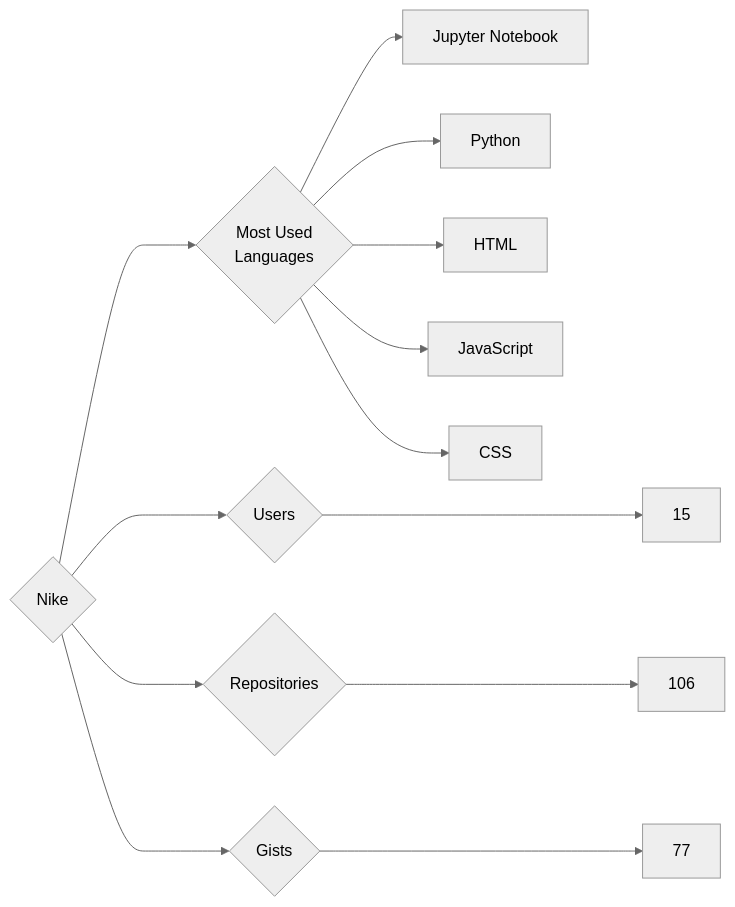
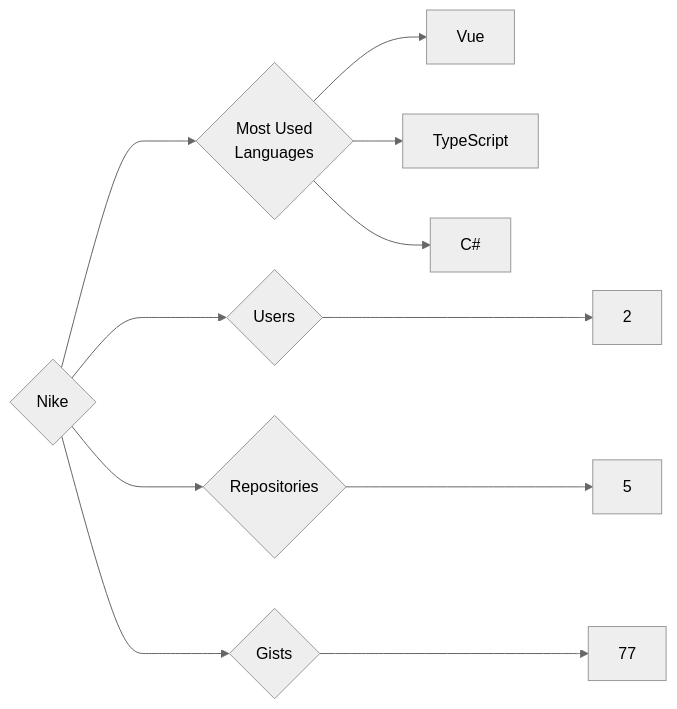
The diagram in targets/Nike/README.md (trickest/insiders), drawn with Mermaid (neutral theme) before and after one commit. The commit also changed 976 other files, not shown here.

````diff
--- a/targets/Nike/README.md
+++ b/targets/Nike/README.md
@@ -3,13 +3,11 @@
 ```mermaid
 graph LR
 COMPANY_NAME{Nike}
-COMPANY_NAME ---> U{Users} ---> UN[15]
-COMPANY_NAME ---> R{Repositories} ---> RN[106]
+COMPANY_NAME ---> U{Users} ---> UN[2]
+COMPANY_NAME ---> R{Repositories} ---> RN[5]
 COMPANY_NAME ---> G{Gists} ---> GN[77]
 COMPANY_NAME ---> ML{Most Used<br>Languages}
-ML --> Jupyter_Notebook[Jupyter Notebook]
-ML --> Python[Python]
-ML --> HTML[HTML]
-ML --> JavaScript[JavaScript]
-ML --> CSS[CSS]
+ML --> Vue[Vue]
+ML --> TypeScript[TypeScript]
+ML --> C#[C#]
 ```
````
